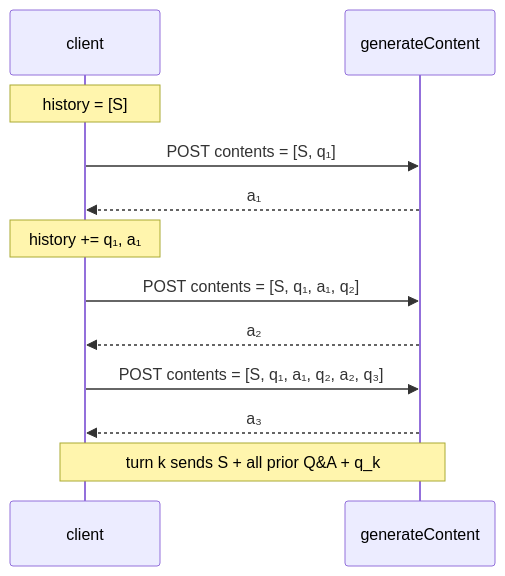
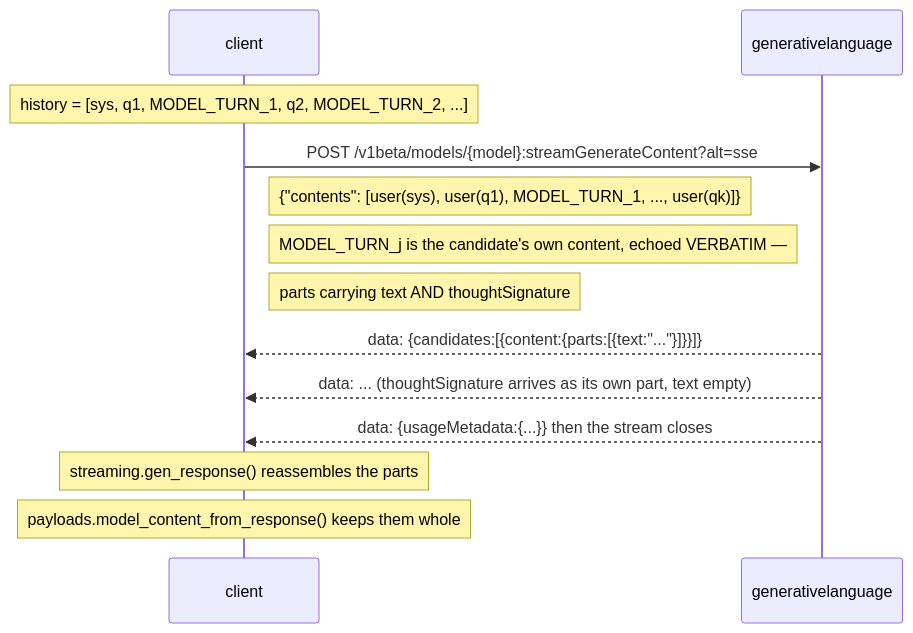
The third of 9 diagrams in gemini_token_test/docs/call-flow.md (sangrokhan/remote_work), drawn with Mermaid before and after one commit. The commit also changed other lines of this file and 6 other files, not shown here.

````diff
--- a/gemini_token_test/docs/call-flow.md
+++ b/gemini_token_test/docs/call-flow.md
@@ -73,14 +142,15 @@
 ```mermaid
 sequenceDiagram
-  participant C as client
-  participant V as generateContent
-  Note over C: history = [S]
-  C->>V: POST contents = [S, q₁]
-  V-->>C: a₁
-  Note over C: history += q₁, a₁
-  C->>V: POST contents = [S, q₁, a₁, q₂]
-  V-->>C: a₂
-  C->>V: POST contents = [S, q₁, a₁, q₂, a₂, q₃]
-  V-->>C: a₃
-  Note over C,V: turn k sends S + all prior Q&A + q_k
+    participant C as client
+    participant G as generativelanguage
+    Note over C: history = [sys, q1, MODEL_TURN_1, q2, MODEL_TURN_2, ...]
+    C->>G: POST /v1beta/models/{model}:streamGenerateContent?alt=sse
+    Note right of C: {"contents": [user(sys), user(q1), MODEL_TURN_1, ..., user(qk)]}
+    Note right of C: MODEL_TURN_j is the candidate's own content, echoed VERBATIM —
+    Note right of C: parts carrying text AND thoughtSignature
+    G-->>C: data: {candidates:[{content:{parts:[{text:"..."}]}}]}
+    G-->>C: data: ...  (thoughtSignature arrives as its own part, text empty)
+    G-->>C: data: {usageMetadata:{...}}   then the stream closes
+    Note over C: streaming.gen_response() reassembles the parts;
+    Note over C: payloads.model_content_from_response() keeps them whole
 ```
````
